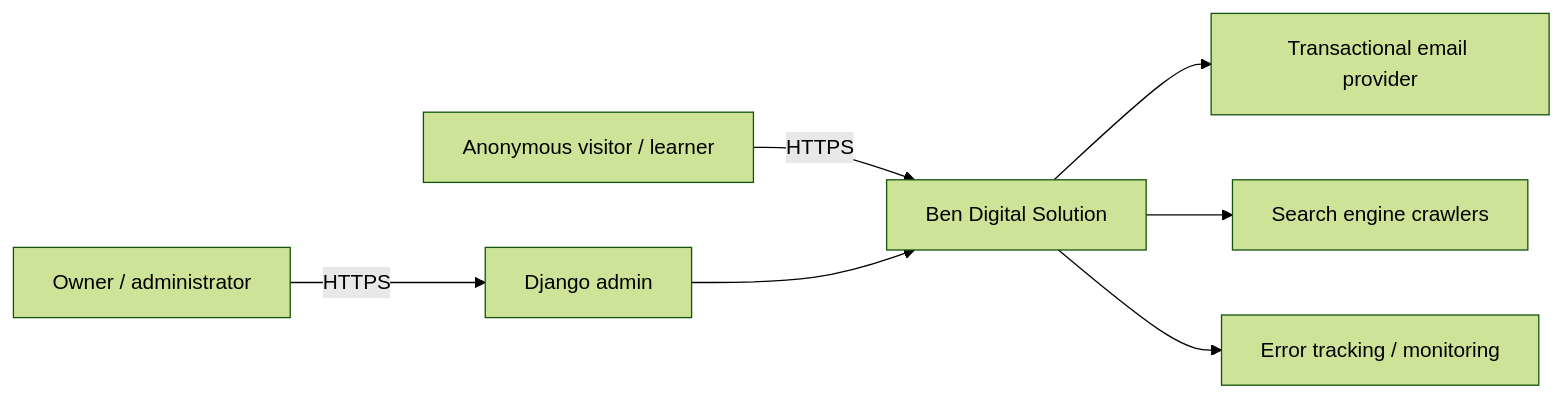
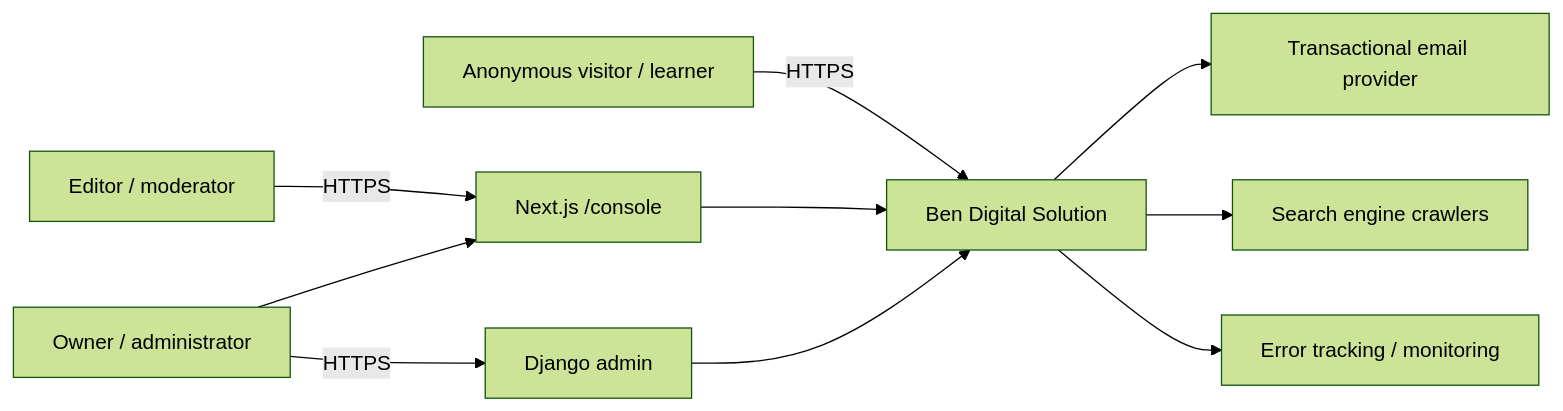
The first of 5 diagrams in docs/ARCHITECTURE.md (ikechukwunnabo-coder/OnlineTutorialProject), drawn with Mermaid (forest theme) before and after one commit. The commit also changed other lines of this file and 44 other files, not shown here.

Commit message:
Feature: add Next.js editorial console

````diff
--- a/docs/ARCHITECTURE.md
+++ b/docs/ARCHITECTURE.md
@@ -20,9 +20,12 @@
 ```mermaid
 flowchart LR
     V[Anonymous visitor / learner] -->|HTTPS| S[Ben Digital Solution]
     A[Owner / administrator] -->|HTTPS| ADM[Django admin]
+    E[Editor / moderator] -->|HTTPS| CS[Next.js /console]
+    A --> CS
+    CS --> S
     S --> EM[Transactional email provider]
     S --> CR[Search engine crawlers]
     S --> MON[Error tracking / monitoring]
     ADM --> S
 ```
````
